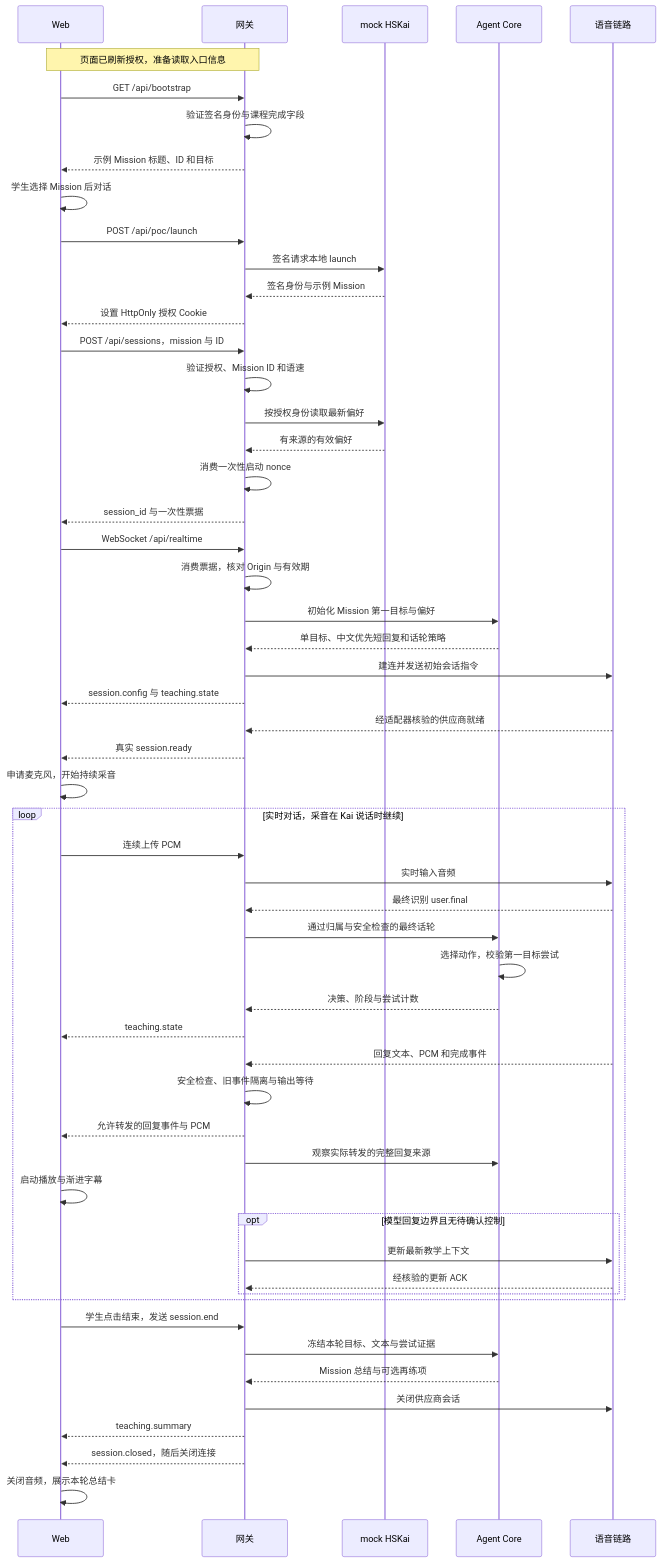
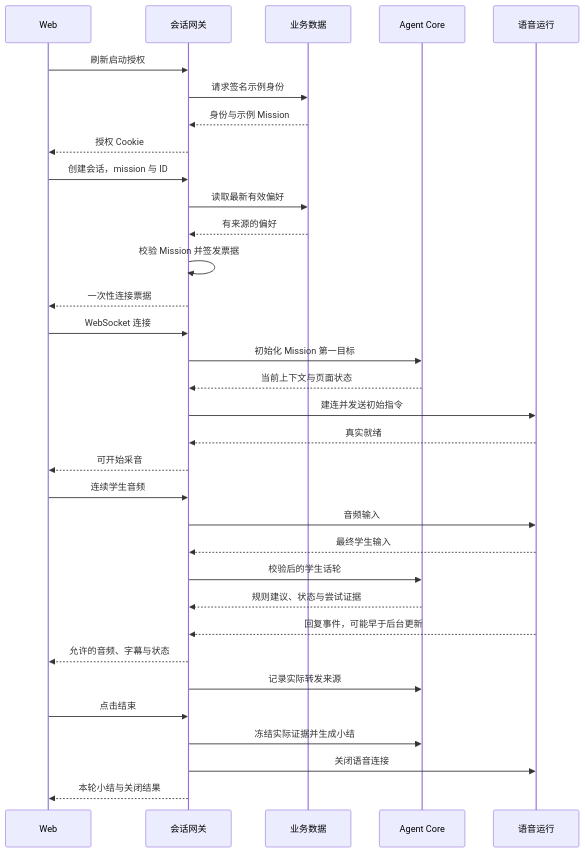
The second of 4 diagrams in README.md (yqhuang-cyber/ask-kai), drawn with Mermaid before and after one commit. The commit also changed other lines of this file and 1 other file, not shown here.

Commit message:
docs: reorganize README around product, agent architecture, journeys and evidence

````diff
--- a/README.md
+++ b/README.md
@@ -270,57 +124,35 @@
 ```mermaid
 sequenceDiagram
     participant W as Web
-    participant G as 网关
-    participant H as mock HSKai
+    participant G as 会话网关
+    participant B as 业务数据
     participant C as Agent Core
-    participant P as 语音链路
-    Note over W,G: 页面已刷新授权，准备读取入口信息
-    W->>G: GET /api/bootstrap
-    G->>G: 验证签名身份与课程完成字段
-    G-->>W: 示例 Mission 标题、ID 和目标
-    W->>W: 学生选择 Mission 后对话
-    W->>G: POST /api/poc/launch
-    G->>H: 签名请求本地 launch
-    H-->>G: 签名身份与示例 Mission
-    G-->>W: 设置 HttpOnly 授权 Cookie
-    W->>G: POST /api/sessions，mission 与 ID
-    G->>G: 验证授权、Mission ID 和语速
-    G->>H: 按授权身份读取最新偏好
-    H-->>G: 有来源的有效偏好
-    G->>G: 消费一次性启动 nonce
-    G-->>W: session_id 与一次性票据
-    W->>G: WebSocket /api/realtime
-    G->>G: 消费票据，核对 Origin 与有效期
-    G->>C: 初始化 Mission 第一目标与偏好
-    C-->>G: 单目标、中文优先短回复和话轮策略
-    G->>P: 建连并发送初始会话指令
-    G-->>W: session.config 与 teaching.state
-    P-->>G: 经适配器核验的供应商就绪
-    G-->>W: 真实 session.ready
-    W->>W: 申请麦克风，开始持续采音
-    loop 实时对话，采音在 Kai 说话时继续
-        W->>G: 连续上传 PCM
-        G->>P: 实时输入音频
-        P-->>G: 最终识别 user.final
-        G->>C: 通过归属与安全检查的最终话轮
-        C->>C: 选择动作，校验第一目标尝试
-        C-->>G: 决策、阶段与尝试计数
-        G-->>W: teaching.state
-        P-->>G: 回复文本、PCM 和完成事件
-        G->>G: 安全检查、旧事件隔离与输出等待
-        G-->>W: 允许转发的回复事件与 PCM
-        G->>C: 观察实际转发的完整回复来源
-        W->>W: 启动播放与渐进字幕
-        opt 模型回复边界且无待确认控制
-            G->>P: 更新最新教学上下文
-            P-->>G: 经核验的更新 ACK
-        end
-    end
-    W->>G: 学生点击结束，发送 session.end
-    G->>C: 冻结本轮目标、文本与尝试证据
-    C-->>G: Mission 总结与可选再练项
-    G->>P: 关闭供应商会话
-    G-->>W: teaching.summary
-    G-->>W: session.closed，随后关闭连接
-    W->>W: 关闭音频，展示本轮总结卡
+    participant V as 语音运行
+    W->>G: 刷新启动授权
+    G->>B: 请求签名示例身份
+    B-->>G: 身份与示例 Mission
+    G-->>W: 授权 Cookie
+    W->>G: 创建会话，mission 与 ID
+    G->>B: 读取最新有效偏好
+    B-->>G: 有来源的偏好
+    G->>G: 校验 Mission 并签发票据
+    G-->>W: 一次性连接票据
+    W->>G: WebSocket 连接
+    G->>C: 初始化 Mission 第一目标
+    C-->>G: 当前上下文与页面状态
+    G->>V: 建连并发送初始指令
+    V-->>G: 真实就绪
+    G-->>W: 可开始采音
+    W->>G: 连续学生音频
+    G->>V: 音频输入
+    V-->>G: 最终学生输入
+    G->>C: 校验后的学生话轮
+    C-->>G: 规则建议、状态与尝试证据
+    V-->>G: 回复事件，可能早于后台更新
+    G-->>W: 允许的音频、字幕与状态
+    G->>C: 记录实际转发来源
+    W->>G: 点击结束
+    G->>C: 冻结实际证据并生成小结
+    G->>V: 关闭语音连接
+    G-->>W: 本轮小结与关闭结果
 ```
````
